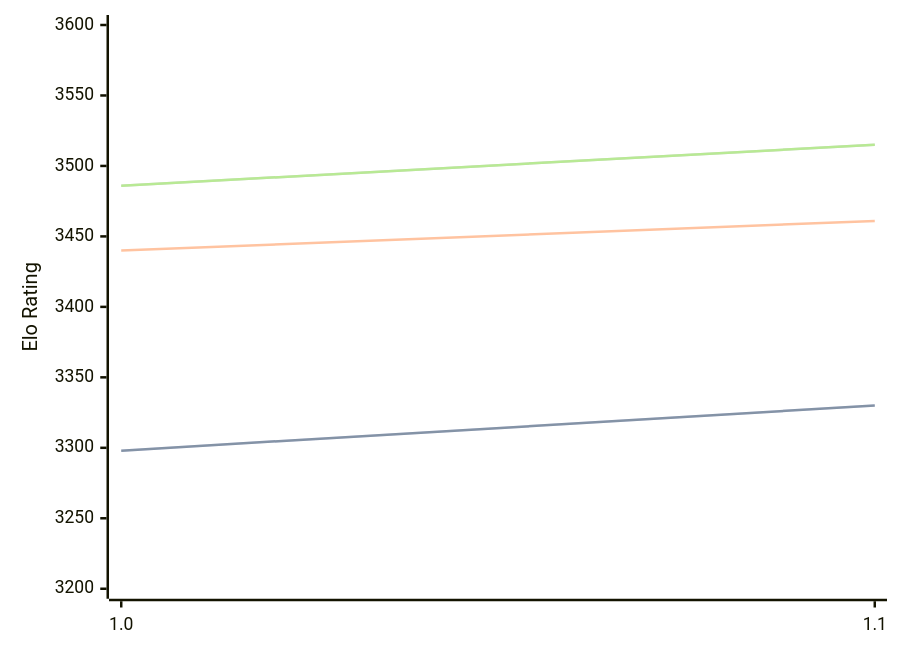
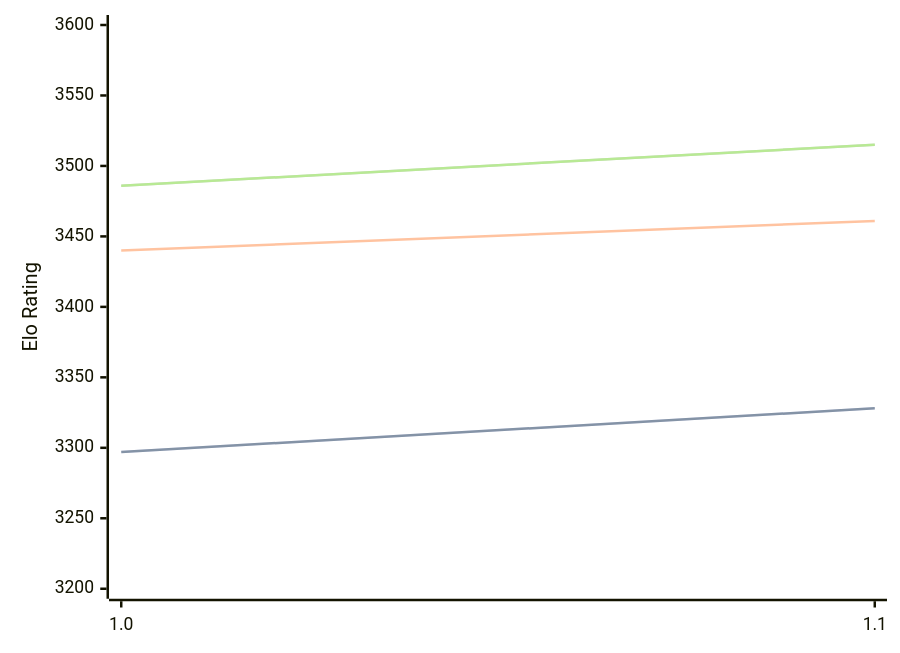
The diagram in engines/Icarus.md (computer-chess-index/cci), drawn with Mermaid before and after one commit. The commit also changed other lines of this file, not shown here.

````diff
--- a/engines/Icarus.md
+++ b/engines/Icarus.md
@@ -32,11 +32,11 @@
 ```mermaid
 %%{init: {"theme":"base","themeVariables":{"seriesColors:['#a3a3a3','#222221','#faa371']}}}%%
 xychart-beta
   x-axis ["1.0", "1.1"]
   y-axis "Elo Rating" 3200 --> 3600
-  line "STC (8.0+0.08s)" [3298, 3330]
-  line "STC (8.0+0.08s)" [3298, 3330]
+  line "STC (8.0+0.08s)" [3297, 3328]
+  line "STC (8.0+0.08s)" [3297, 3328]
   line "LTC (60.0+0.60s)" [3440, 3461]
   line "VLTC (2m24s+1.12s)" [3486, 3515]
   line "VLTC (2m24s+1.12s)" [3486, 3515]
 ```
````
